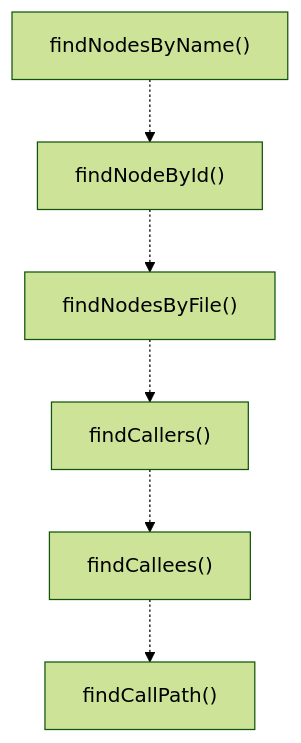
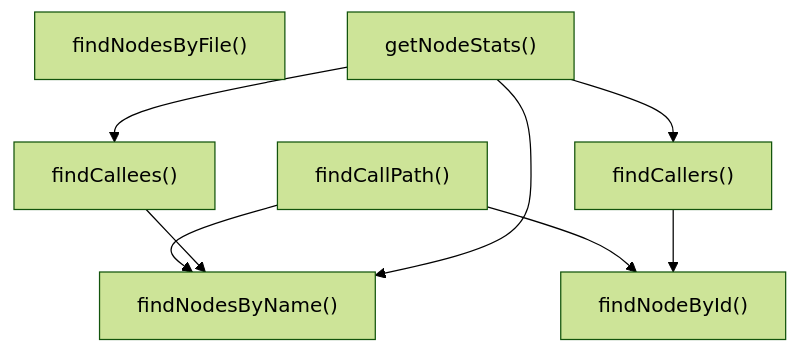
The third of 4 diagrams in ABDD/.pi/extensions/search/call-graph/query.md (Mekann2904/mekann), drawn with Mermaid (forest theme) before and after one commit. The commit also changed other lines of this file and 277 other files, not shown here.

````diff
--- a/ABDD/.pi/extensions/search/call-graph/query.md
+++ b/ABDD/.pi/extensions/search/call-graph/query.md
@@ -62,14 +62,17 @@
 ```mermaid
 flowchart TD
-  findNodesByName["findNodesByName()"]
+  findCallPath["findCallPath()"]
+  findCallees["findCallees()"]
+  findCallers["findCallers()"]
   findNodeById["findNodeById()"]
   findNodesByFile["findNodesByFile()"]
-  findCallers["findCallers()"]
-  findCallees["findCallees()"]
-  findCallPath["findCallPath()"]
-  findNodesByName -.-> findNodeById
-  findNodeById -.-> findNodesByFile
-  findNodesByFile -.-> findCallers
-  findCallers -.-> findCallees
-  findCallees -.-> findCallPath
+  findNodesByName["findNodesByName()"]
+  getNodeStats["getNodeStats()"]
+  findCallPath --> findNodeById
+  findCallPath --> findNodesByName
+  findCallees --> findNodesByName
+  findCallers --> findNodeById
+  getNodeStats --> findCallees
+  getNodeStats --> findCallers
+  getNodeStats --> findNodesByName
 ```
````
